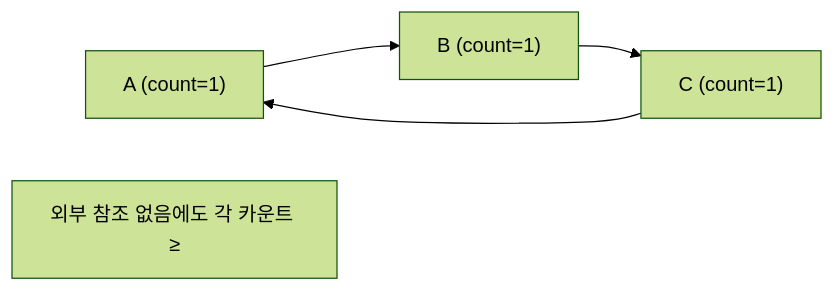
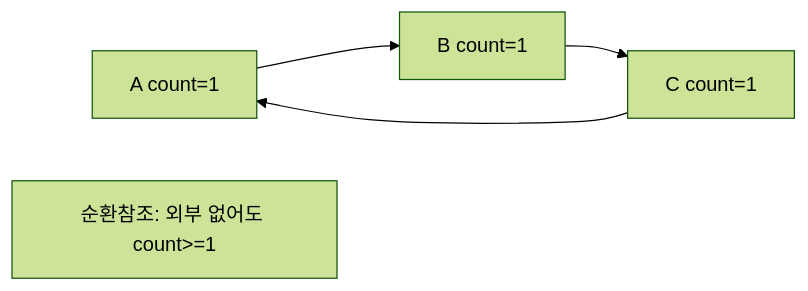
Before and after one commit to yjkim2015/yjkim2015.github.io: the sixth of 29 diagrams in _posts/java/2026-05-01-java-garbage-collector.md, drawn with Mermaid (forest theme). The commit also changed other lines of this file and 155 other files, not shown here.

First line of the commit message:
Mermaid 전면 수정: subgraph 제거, participant/노드/줄수 축소 (342블록)

````diff
--- a/_posts/java/2026-05-01-java-garbage-collector.md
+++ b/_posts/java/2026-05-01-java-garbage-collector.md
@@ -127,5 +118,5 @@
 ```mermaid
 graph LR
-    A["A (count=1)"] --> B["B (count=1)"] --> C["C (count=1)"] --> A
-    NOTE["외부 참조 없음에도 각 카운트 ≥"]
+    A["A count=1"] --> B["B count=1"] --> C["C count=1"] --> A
+    NOTE["순환참조: 외부 없어도 count>=1"]
 ```
````
